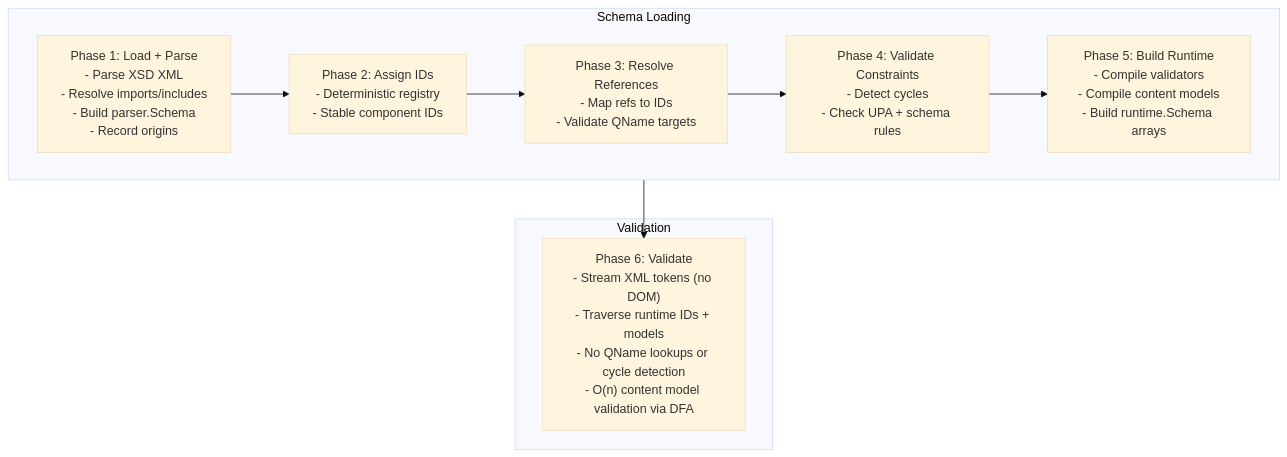
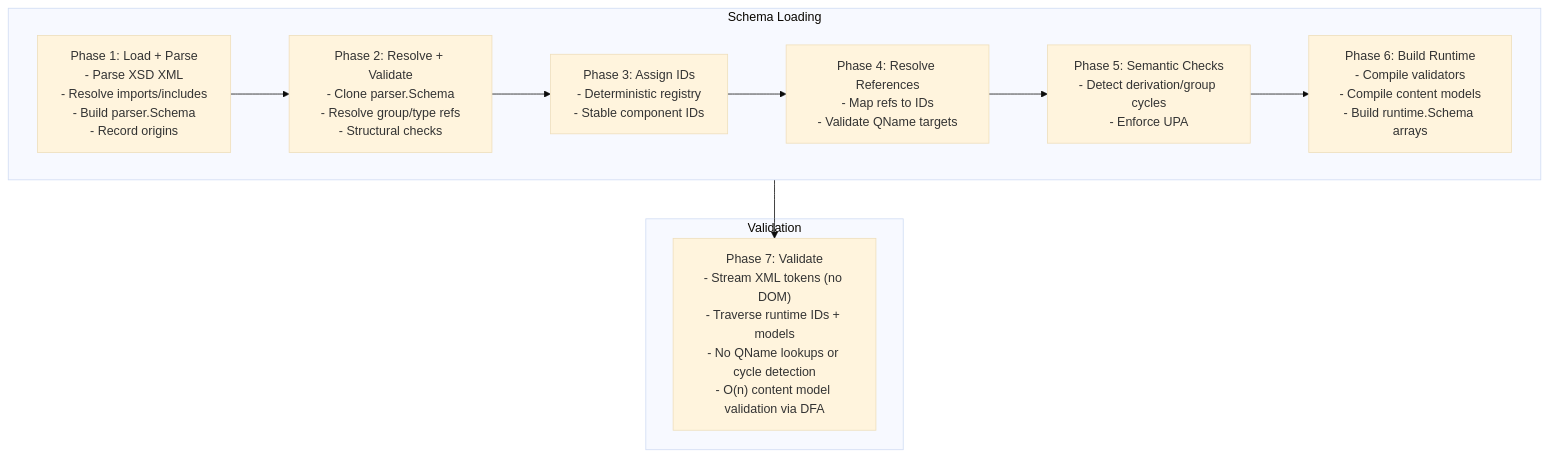
Before and after one commit to jacoelho/xsd: the first of 5 diagrams in docs/architecture.md, drawn with Mermaid (base theme). The commit also changed other lines of this file and 496 other files, not shown here.

````diff
--- a/docs/architecture.md
+++ b/docs/architecture.md
@@ -26,16 +26,17 @@
 ```mermaid
 flowchart TD
   subgraph SchemaLoading["Schema Loading"]
     direction LR
     P1["Phase 1: Load + Parse<br/>- Parse XSD XML<br/>- Resolve imports/includes<br/>- Build parser.Schema<br/>- Record origins"]
-    P2["Phase 2: Assign IDs<br/>- Deterministic registry<br/>- Stable component IDs"]
-    P3["Phase 3: Resolve References<br/>- Map refs to IDs<br/>- Validate QName targets"]
-    P4["Phase 4: Validate Constraints<br/>- Detect cycles<br/>- Check UPA + schema rules"]
-    P5["Phase 5: Build Runtime<br/>- Compile validators<br/>- Compile content models<br/>- Build runtime.Schema arrays"]
-    P1 --> P2 --> P3 --> P4 --> P5
+    P2["Phase 2: Resolve + Validate<br/>- Clone parser.Schema<br/>- Resolve group/type refs<br/>- Structural checks"]
+    P3["Phase 3: Assign IDs<br/>- Deterministic registry<br/>- Stable component IDs"]
+    P4["Phase 4: Resolve References<br/>- Map refs to IDs<br/>- Validate QName targets"]
+    P5["Phase 5: Semantic Checks<br/>- Detect derivation/group cycles<br/>- Enforce UPA"]
+    P6["Phase 6: Build Runtime<br/>- Compile validators<br/>- Compile content models<br/>- Build runtime.Schema arrays"]
+    P1 --> P2 --> P3 --> P4 --> P5 --> P6
   end
   subgraph Validation
-    P6["Phase 6: Validate<br/>- Stream XML tokens (no DOM)<br/>- Traverse runtime IDs + models<br/>- No QName lookups or cycle detection<br/>- O(n) content model validation via DFA"]
+    P7["Phase 7: Validate<br/>- Stream XML tokens (no DOM)<br/>- Traverse runtime IDs + models<br/>- No QName lookups or cycle detection<br/>- O(n) content model validation via DFA"]
   end
-  P5 --> P6
+  P6 --> P7
 ```
````
